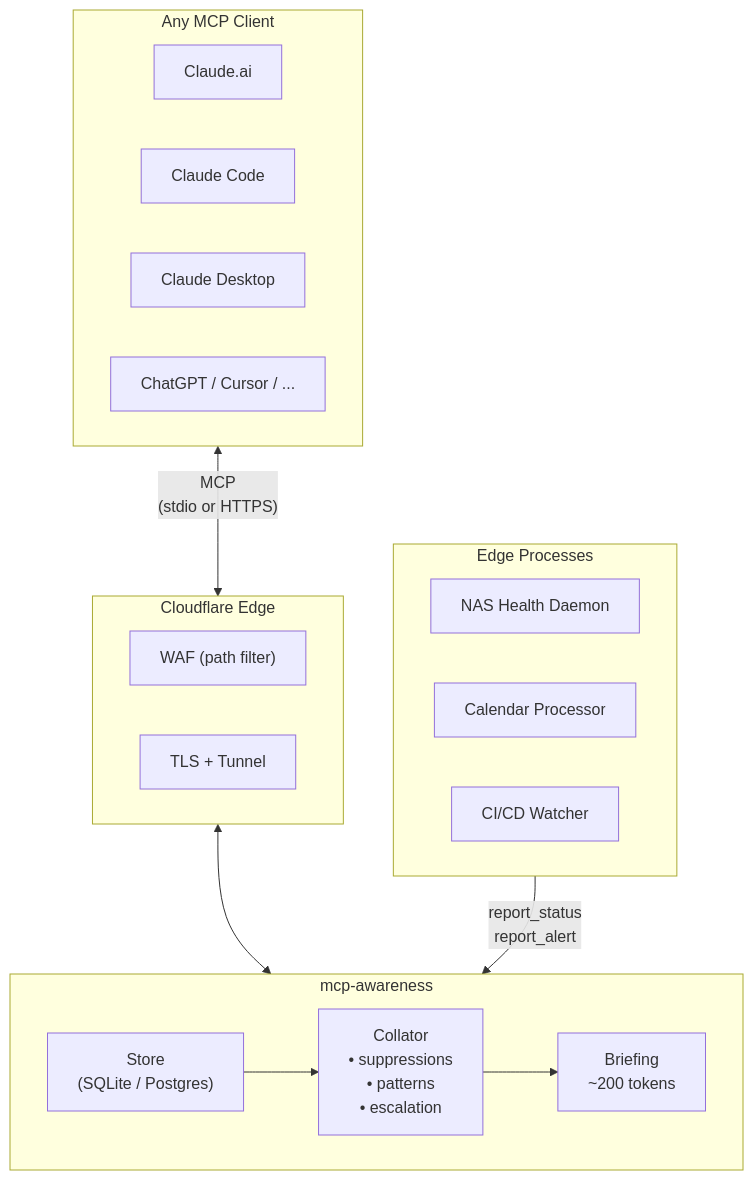
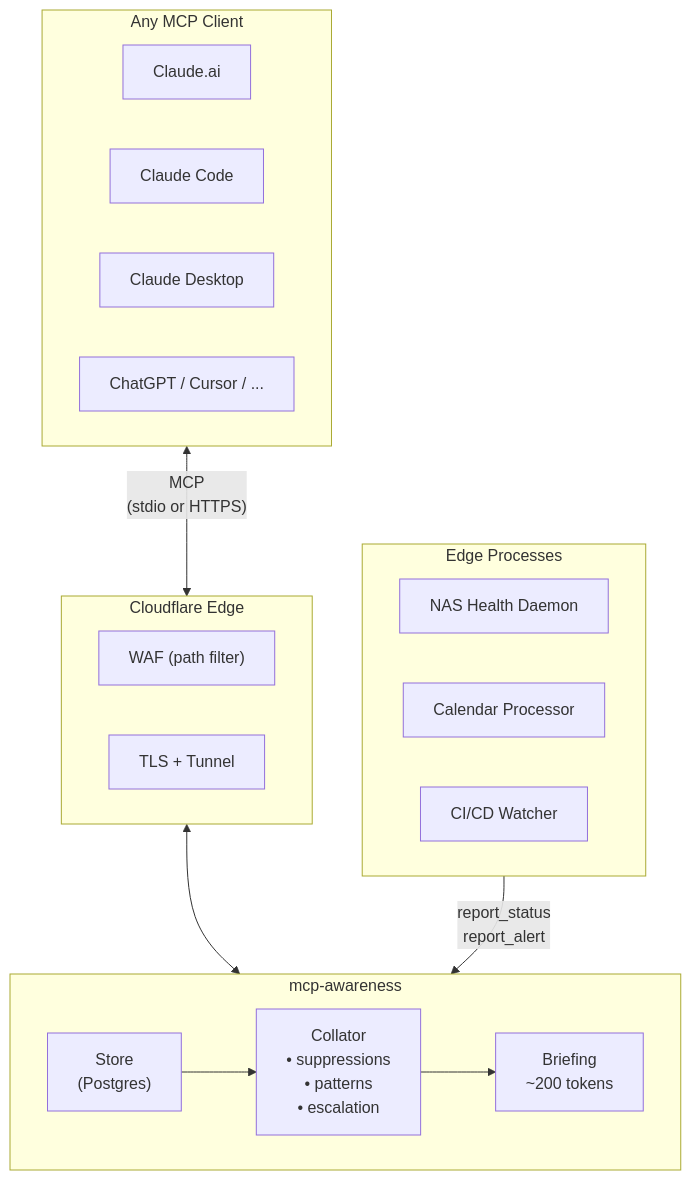
The diagram in README.md (cmeans/mcp-awareness), drawn with Mermaid before and after one commit. The commit also changed other lines of this file and 21 other files, not shown here.

````diff
--- a/README.md
+++ b/README.md
@@ -84,32 +88,32 @@
 ```mermaid
 flowchart TB
     subgraph Clients["Any MCP Client"]
         A1["Claude.ai"]
         A2["Claude Code"]
         A3["Claude Desktop"]
         A4["ChatGPT / Cursor / ..."]
     end
 
     subgraph Security["Cloudflare Edge"]
         WAF["WAF (path filter)"]
         TLS["TLS + Tunnel"]
     end
 
     subgraph Edge["Edge Processes"]
         E1["NAS Health Daemon"]
         E2["Calendar Processor"]
         E3["CI/CD Watcher"]
     end
 
     subgraph Server["mcp-awareness"]
         direction LR
-        Store["Store\n(SQLite / Postgres)"]
+        Store["Store\n(Postgres)"]
         Collator["Collator\n• suppressions\n• patterns\n• escalation"]
         Briefing["Briefing\n~200 tokens"]
         Store --> Collator --> Briefing
     end
 
     Clients <-- "MCP\n(stdio or HTTPS)" --> Security
     Security <--> Server
     Edge -- "report_status\nreport_alert" --> Server
 ```
````
